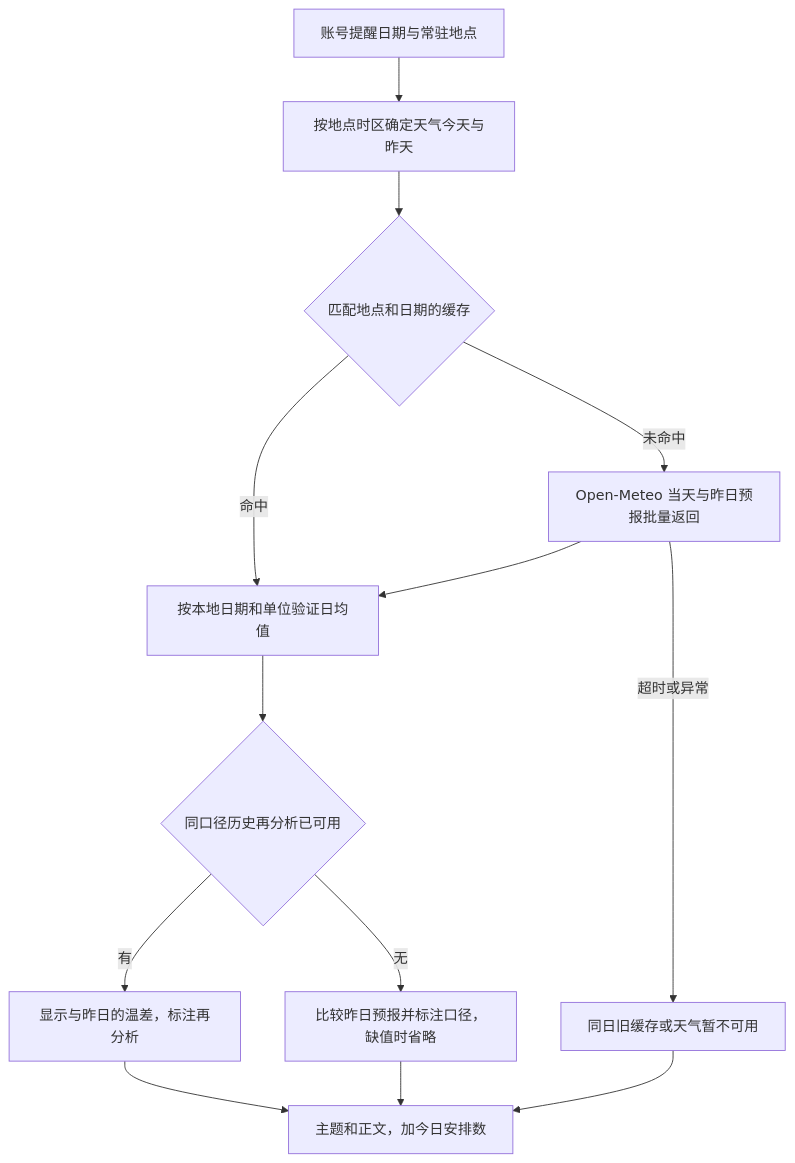
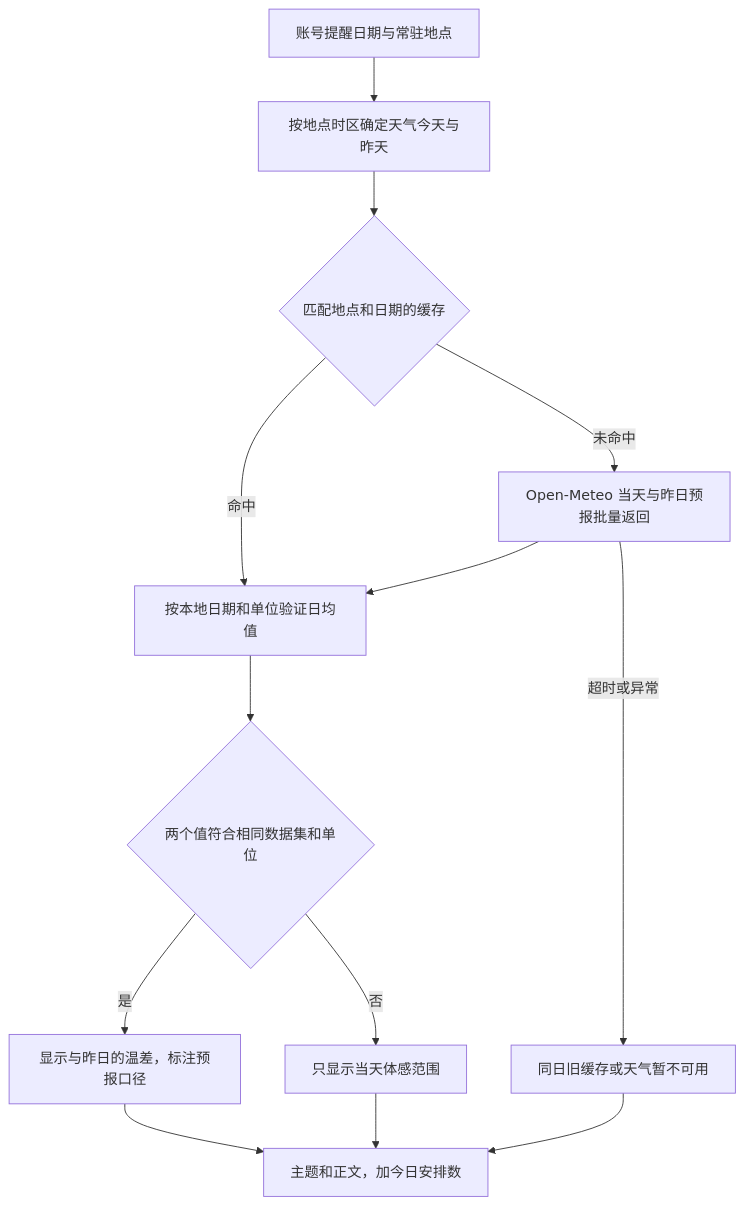
Before and after one commit to T1mothyS/Orbit: the second of 5 diagrams in docs/plans/ORBIT-OPS-UPGRADE-PLAN.md, drawn with Mermaid. The commit also changed other lines of this file and 41 other files, not shown here.

````diff
--- a/docs/plans/ORBIT-OPS-UPGRADE-PLAN.md
+++ b/docs/plans/ORBIT-OPS-UPGRADE-PLAN.md
@@ -111,15 +129,15 @@
 ```mermaid
 flowchart TD
     preference["账号提醒日期与常驻地点"] --> calendar["按地点时区确定天气今天与昨天"]
     calendar --> cache{"匹配地点和日期的缓存"}
     cache -->|命中| normalize["按本地日期和单位验证日均值"]
     cache -->|未命中| forecast["Open-Meteo 当天与昨日预报批量返回"]
     forecast --> normalize
-    normalize --> history{"同口径历史再分析已可用"}
-    history -->|有| comparison["显示与昨日的温差，标注再分析"]
-    history -->|无| fallback["比较昨日预报并标注口径，缺值时省略"]
+    normalize --> comparable{"两个值符合相同数据集和单位"}
+    comparable -->|是| comparison["显示与昨日的温差，标注预报口径"]
+    comparable -->|否| fallback["只显示当天体感范围"]
     comparison --> mail["主题和正文，加今日安排数"]
     fallback --> mail
     forecast -->|超时或异常| degrade["同日旧缓存或天气暂不可用"]
     degrade --> mail
 ```
````
